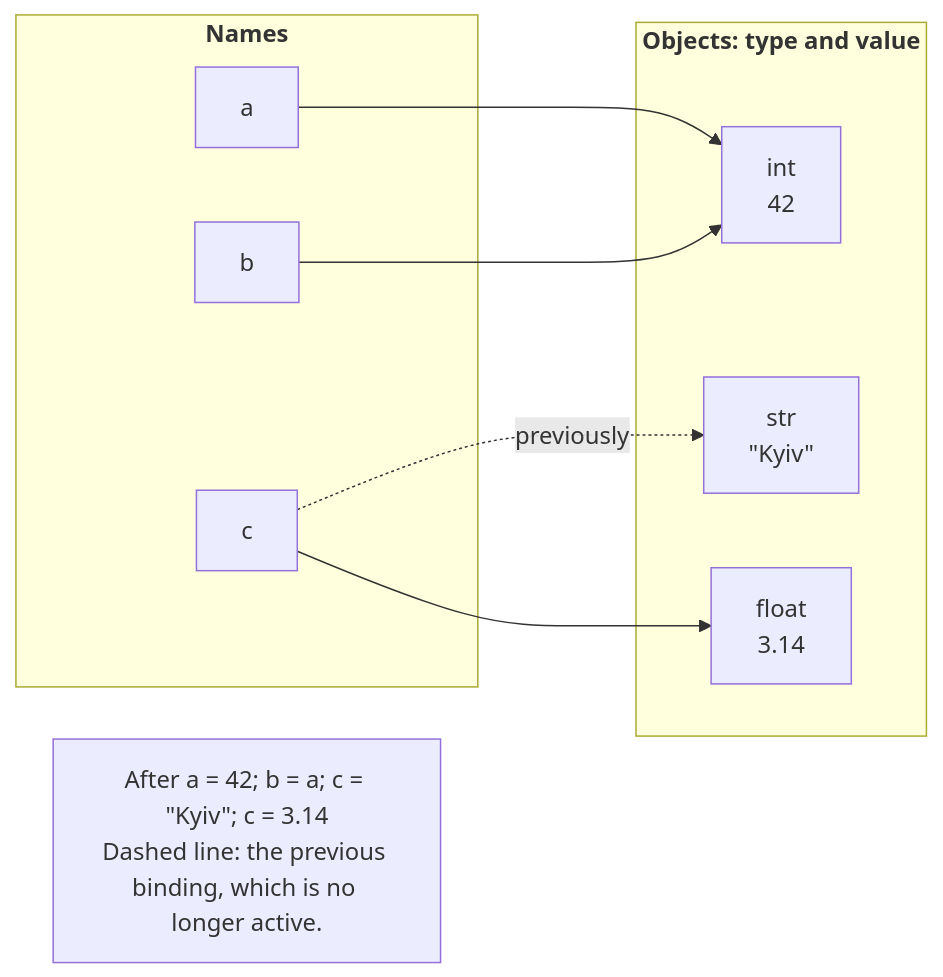
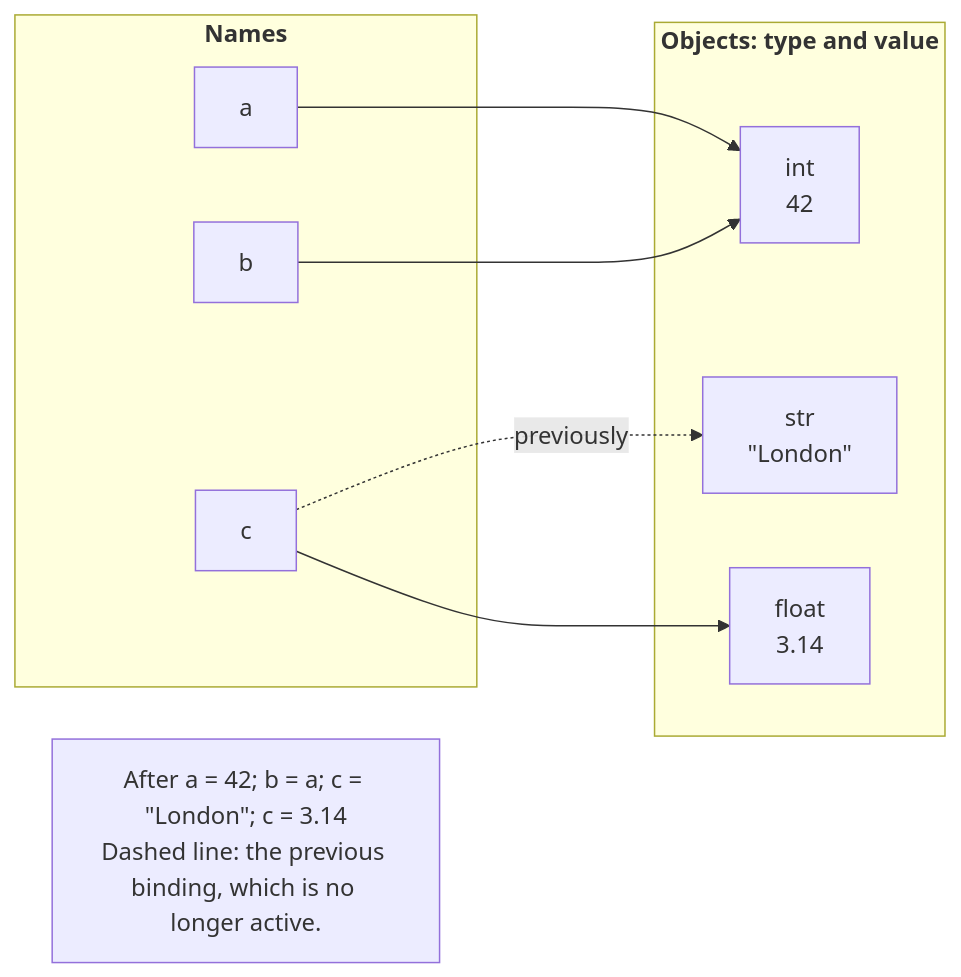
The first of 2 diagrams in src/courses/python/02-types-control-flow/objects-types.md (musicvano/Blog), drawn with Mermaid before and after one commit. The commit also changed other lines of this file and 533 other files, not shown here.

````diff
--- a/src/courses/python/02-types-control-flow/objects-types.md
+++ b/src/courses/python/02-types-control-flow/objects-types.md
@@ -27,18 +27,18 @@
 ```mermaid
 flowchart LR
   subgraph NAMES["<b>Names</b>"]
     A["a"]
     B["b"]
     C["c"]
   end
   subgraph OBJECTS["<b>Objects: type and value</b>"]
     INT["int<br>42"]
-    STR["str<br>#quot;Kyiv#quot;"]
+    STR["str<br>#quot;London#quot;"]
     FLT["float<br>3.14"]
   end
   A --> INT
   B --> INT
   C --> FLT
   C -.->|"previously"| STR
-  N["After a = 42; b = a; c = #quot;Kyiv#quot;; c = 3.14<br>Dashed line: the previous binding, which is no longer active."]
+  N["After a = 42; b = a; c = #quot;London#quot;; c = 3.14<br>Dashed line: the previous binding, which is no longer active."]
 ```
````
